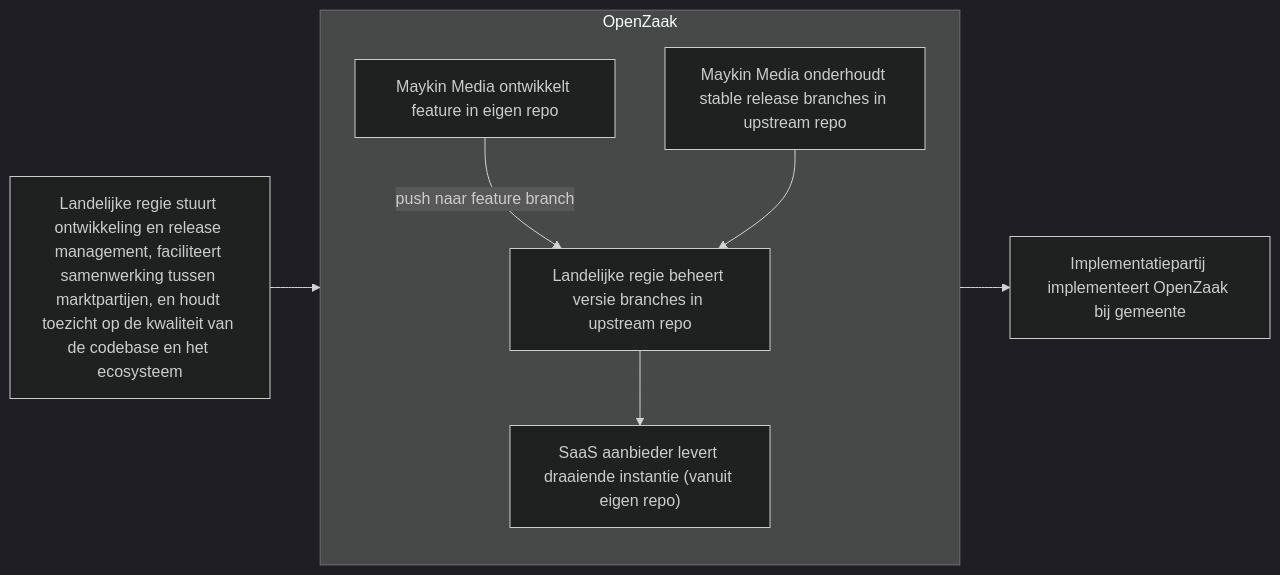
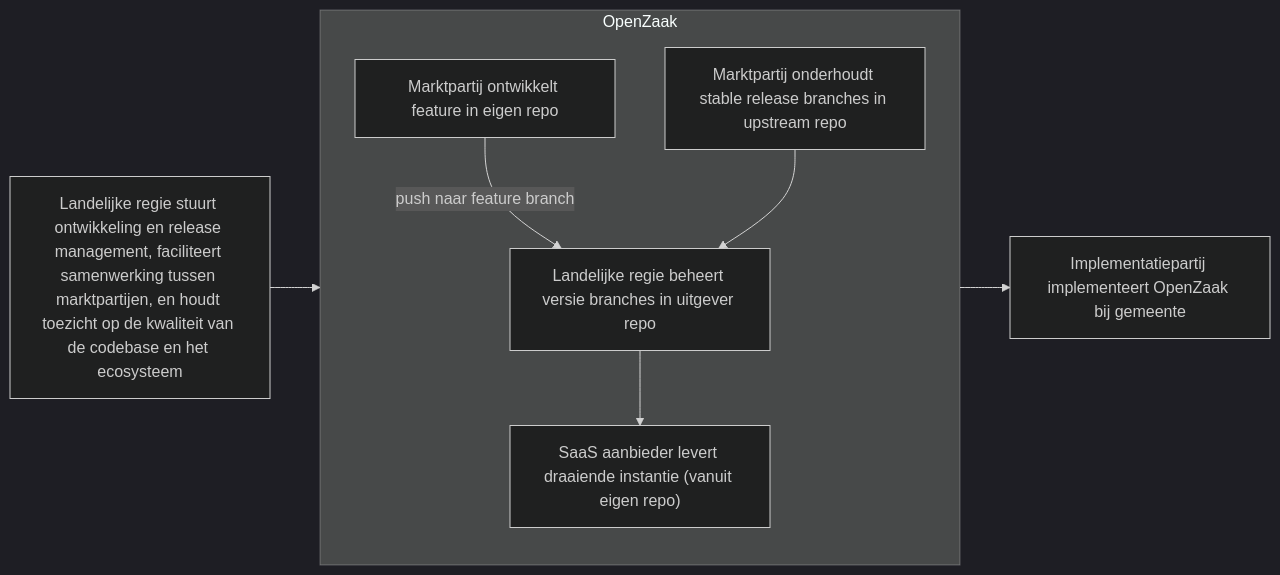
Before and after one commit to open-zaak/samenwerken: the second of 2 diagrams in resultaten/openzaak-ecosysteem-stappen.md, drawn with Mermaid (dark theme). The commit also changed other lines of this file, not shown here.

````diff
--- a/resultaten/openzaak-ecosysteem-stappen.md
+++ b/resultaten/openzaak-ecosysteem-stappen.md
@@ -36,23 +36,23 @@
 ```mermaid
 graph LR
     subgraph OpenZaak
     %% Nodes
-        Dev["Maykin Media ontwikkelt feature in eigen repo"]
-        Up["Landelijke regie beheert versie branches in upstream repo"]
-        Maint["Maykin Media onderhoudt stable release branches in upstream repo"]
+        Dev["Marktpartij ontwikkelt feature in eigen repo"]
+        Up["Landelijke regie beheert versie branches in uitgever repo"]
+        Maint["Marktpartij onderhoudt stable release branches in upstream repo"]
         SaaS["SaaS aanbieder levert draaiende instantie (vanuit eigen repo)"]
 
         %% Connections
         Dev --"push naar feature branch"--> Up
         Maint --> Up
         Up --> SaaS
     end
 
     %% Nodes
     Regie["Landelijke regie stuurt ontwikkeling en release management, faciliteert samenwerking tussen marktpartijen, en houdt toezicht op de kwaliteit van de codebase en het ecosysteem"]
     Impl["Implementatiepartij implementeert OpenZaak bij gemeente"]
 
     %% Connections
     Regie --> OpenZaak
     OpenZaak --> Impl
 ```
````
